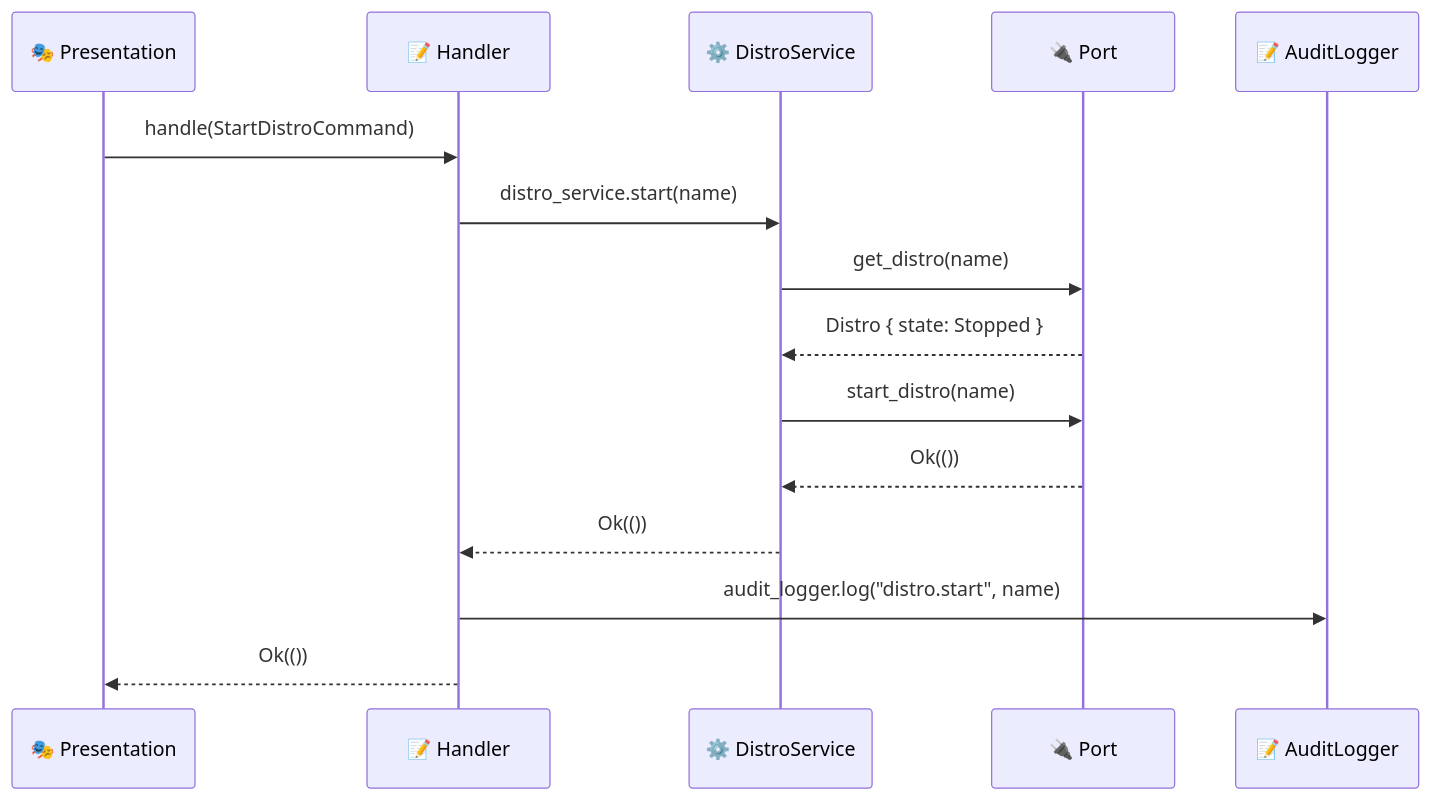
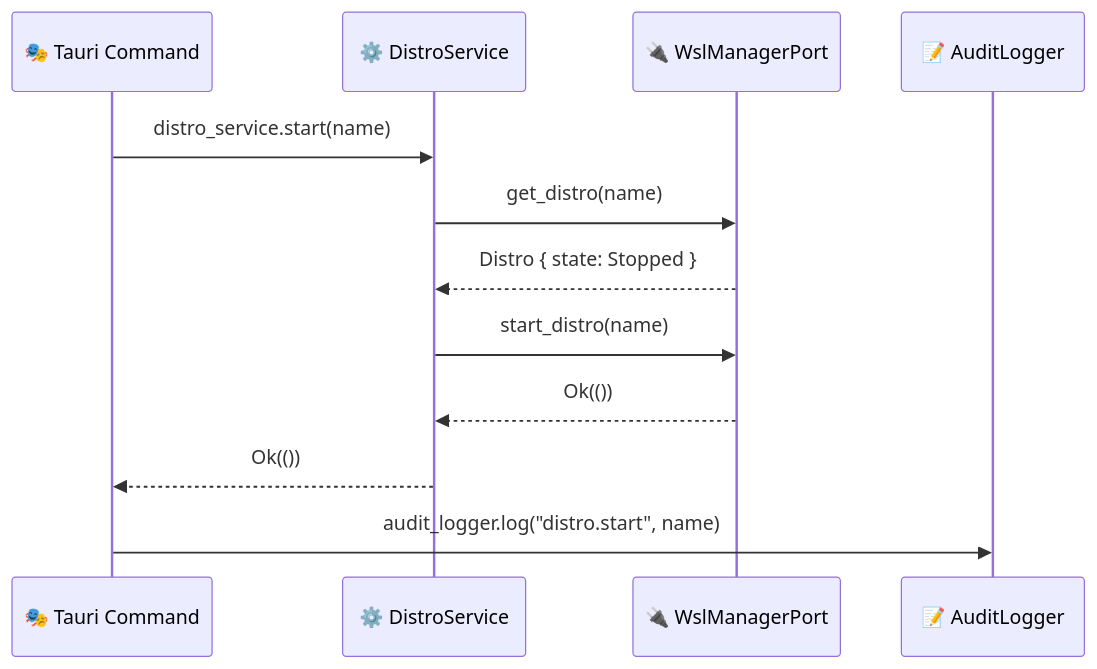
One commit to muchiny/wsl-dashboard changed the third of 3 diagrams in src-tauri/src/application/README.md. Above: the diagram before and after it, drawn with Mermaid. The commit also changed other lines of this file and 10 other files, not shown here.

First line of the commit message:
docs: update all 11 READMEs to reflect current architecture

````diff
--- a/src-tauri/src/application/README.md
+++ b/src-tauri/src/application/README.md
@@ -77,18 +94,15 @@
 ```mermaid
 sequenceDiagram
-    participant P as 🎭 Presentation
-    participant H as 📝 Handler
+    participant P as 🎭 Tauri Command
     participant S as ⚙️ DistroService
-    participant Port as 🔌 Port
+    participant Port as 🔌 WslManagerPort
     participant A as 📝 AuditLogger
 
-    P->>H: handle(StartDistroCommand)
-    H->>S: distro_service.start(name)
+    P->>S: distro_service.start(name)
     S->>Port: get_distro(name)
     Port-->>S: Distro { state: Stopped }
     S->>Port: start_distro(name)
     Port-->>S: Ok(())
-    S-->>H: Ok(())
-    H->>A: audit_logger.log("distro.start", name)
-    H-->>P: Ok(())
+    S-->>P: Ok(())
+    P->>A: audit_logger.log("distro.start", name)
 ```
````
